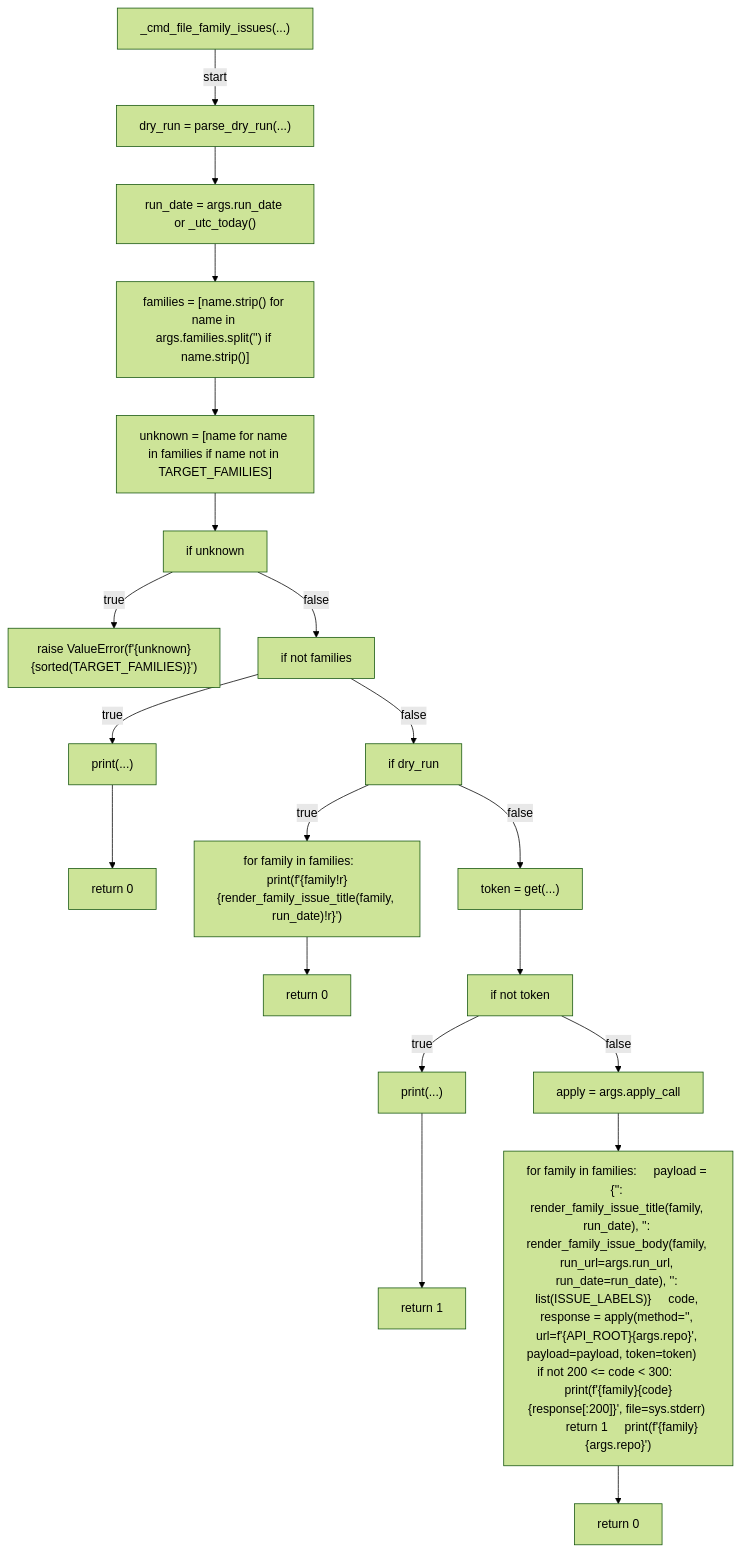
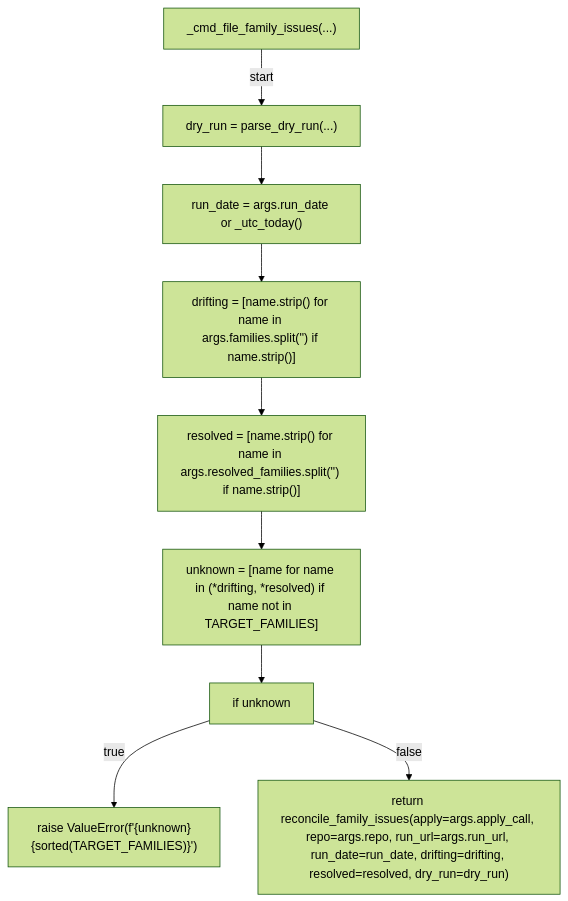
One commit to tvna/claude-md changed diagram 27 of 30 in docs/generated/scripts/ast/security_drift_report.md. Above: the diagram before and after it, drawn with Mermaid (forest theme). The commit also changed other lines of this file and 4 other files, not shown here.

First line of the commit message:
docs(generated): regenerate decision tree and workflow diagrams

````diff
--- a/docs/generated/scripts/ast/security_drift_report.md
+++ b/docs/generated/scripts/ast/security_drift_report.md
@@ -420,42 +409,20 @@
 ```mermaid
 flowchart TD
     N001["_cmd_file_family_issues(...)"]
     N002["dry_run = parse_dry_run(...)"]
     N003["run_date = args.run_date or _utc_today()"]
-    N004["families = [name.strip() for name in args.families.split('<str>') if name.strip()]"]
-    N005["unknown = [name for name in families if name not in TARGET_FAMILIES]"]
-    N006["if unknown"]
-    N007["raise ValueError(f'<str>{unknown}<str>{sorted(TARGET_FAMILIES)}')"]
-    N008["if not families"]
-    N009["print(...)"]
-    N010["return 0"]
-    N011["if dry_run"]
-    N012["for family in families:     print(f'<str>{family!r}<str>{render_family_issue_title(family, run_date)!r}')"]
-    N013["return 0"]
-    N014["token = get(...)"]
-    N015["if not token"]
-    N016["print(...)"]
-    N017["return 1"]
-    N018["apply = args.apply_call"]
-    N019["for family in families:     payload = {'<str>': render_family_issue_title(family, run_date), '<str>': render_family_issue_body(family, run_url=args.run_url, run_date=run_date), '<str>': list(ISSUE_LABELS)}     code, response = apply(method='<str>', url=f'{API_ROOT}<str>{args.repo}<str>', payload=payload, token=token)     if not 200 <= code < 300:         print(f'<str>{family}<str>{code}<str>{response[:200]}', file=sys.stderr)         return 1     print(f'<str>{family}<str>{args.repo}<str>')"]
-    N020["return 0"]
+    N004["drifting = [name.strip() for name in args.families.split('<str>') if name.strip()]"]
+    N005["resolved = [name.strip() for name in args.resolved_families.split('<str>') if name.strip()]"]
+    N006["unknown = [name for name in (*drifting, *resolved) if name not in TARGET_FAMILIES]"]
+    N007["if unknown"]
+    N008["raise ValueError(f'<str>{unknown}<str>{sorted(TARGET_FAMILIES)}')"]
+    N009["return reconcile_family_issues(apply=args.apply_call, repo=args.repo, run_url=args.run_url, run_date=run_date, drifting=drifting, resolved=resolved, dry_run=dry_run)"]
     N001 -->|"start"| N002
     N002 --> N003
     N003 --> N004
     N004 --> N005
     N005 --> N006
-    N006 -->|"true"| N007
-    N006 -->|"false"| N008
-    N008 -->|"true"| N009
-    N009 --> N010
-    N008 -->|"false"| N011
-    N011 -->|"true"| N012
-    N012 --> N013
-    N011 -->|"false"| N014
-    N014 --> N015
-    N015 -->|"true"| N016
-    N016 --> N017
-    N015 -->|"false"| N018
-    N018 --> N019
-    N019 --> N020
+    N006 --> N007
+    N007 -->|"true"| N008
+    N007 -->|"false"| N009
 ```
````
